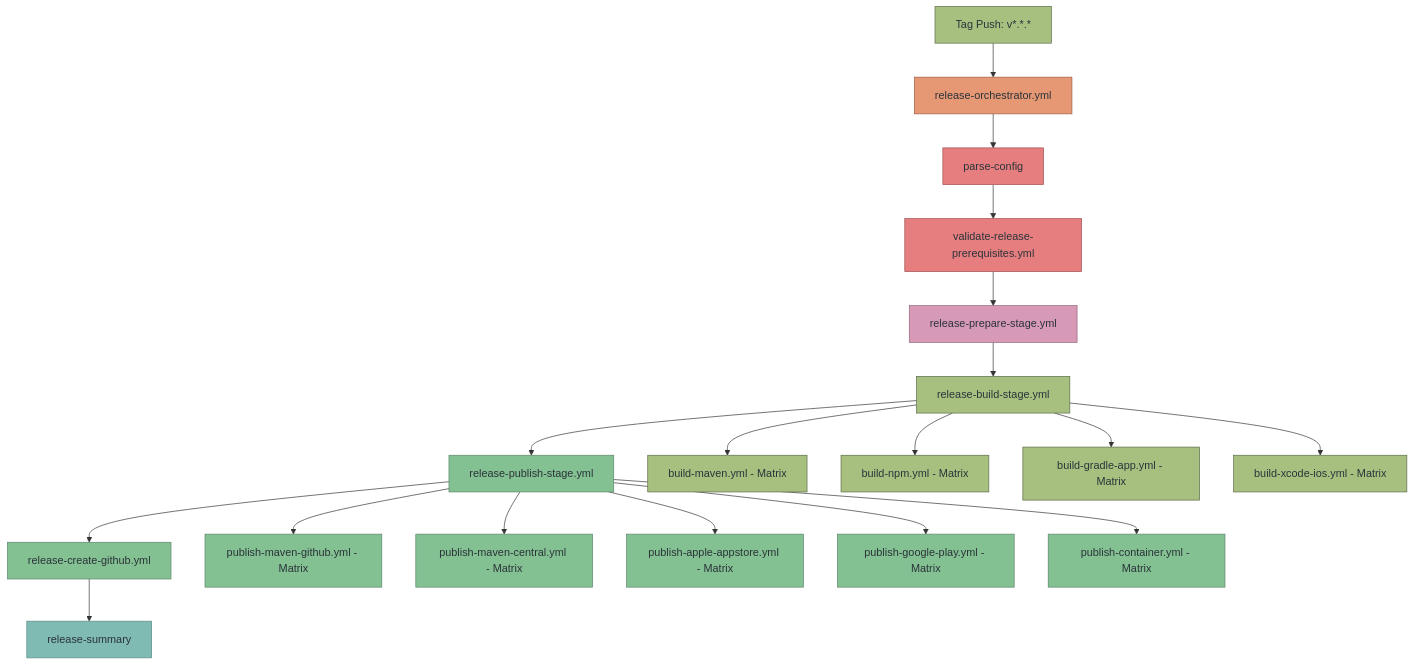
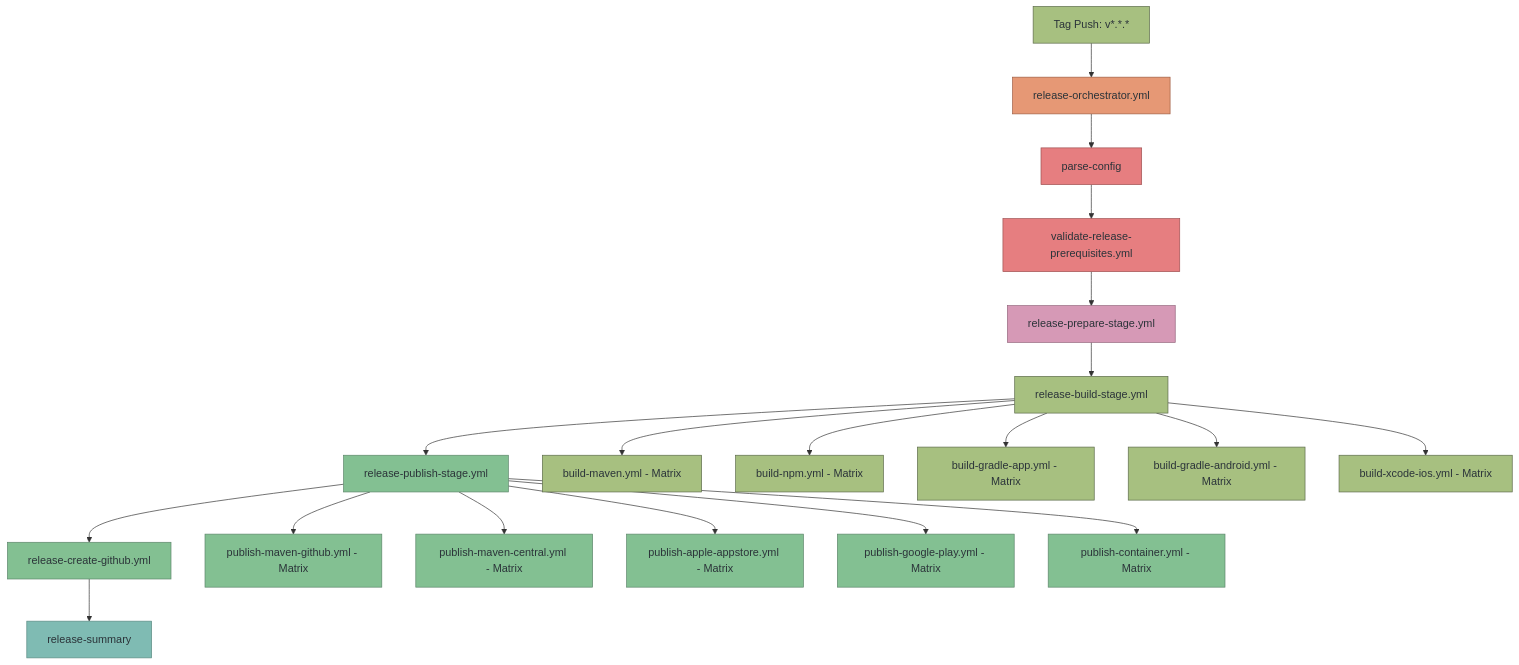
One commit to diggsweden/reusable-ci changed the second of 7 diagrams in docs/workflows.md. Above: the diagram before and after it, drawn with Mermaid. The commit also changed 14 other files, not shown here.

First line of the commit message:
refactor(gradle): separate JVM and Android build paths

````diff
--- a/docs/workflows.md
+++ b/docs/workflows.md
@@ -134,41 +134,43 @@
 ```mermaid
 graph TD
     A[Tag Push: v*.*.* ] --> B[release-orchestrator.yml]
     B --> C[parse-config]
     C --> D[validate-release-prerequisites.yml]
     D --> E[release-prepare-stage.yml]
     E --> F[release-build-stage.yml]
     F --> G[release-publish-stage.yml]
     G --> H[release-create-github.yml]
     H --> I[release-summary]
 
     F --> J[build-maven.yml - Matrix]
     F --> K[build-npm.yml - Matrix]
     F --> L[build-gradle-app.yml - Matrix]
+    F --> L2[build-gradle-android.yml - Matrix]
     F --> M[build-xcode-ios.yml - Matrix]
 
     G --> N[publish-maven-github.yml - Matrix]
     G --> O[publish-maven-central.yml - Matrix]
     G --> P[publish-apple-appstore.yml - Matrix]
     G --> Q[publish-google-play.yml - Matrix]
     G --> R[publish-container.yml - Matrix]
 
     style A fill:#a7c080,stroke:#5c6a4a,color:#2b3339
     style B fill:#e69875,stroke:#9d5c41,color:#2b3339
     style C fill:#e67e80,stroke:#9d4f50,color:#2b3339
     style D fill:#e67e80,stroke:#9d4f50,color:#2b3339
     style E fill:#d699b6,stroke:#93647c,color:#2b3339
     style F fill:#a7c080,stroke:#5c6a4a,color:#2b3339
     style G fill:#83c092,stroke:#5c856a,color:#2b3339
     style H fill:#83c092,stroke:#5c856a,color:#2b3339
     style I fill:#7fbbb3,stroke:#5a8a82,color:#2b3339
     style J fill:#a7c080,stroke:#5c6a4a,color:#2b3339
     style K fill:#a7c080,stroke:#5c6a4a,color:#2b3339
     style L fill:#a7c080,stroke:#5c6a4a,color:#2b3339
+    style L2 fill:#a7c080,stroke:#5c6a4a,color:#2b3339
     style M fill:#a7c080,stroke:#5c6a4a,color:#2b3339
     style N fill:#83c092,stroke:#5c856a,color:#2b3339
     style O fill:#83c092,stroke:#5c856a,color:#2b3339
     style P fill:#83c092,stroke:#5c856a,color:#2b3339
     style Q fill:#83c092,stroke:#5c856a,color:#2b3339
     style R fill:#83c092,stroke:#5c856a,color:#2b3339
 ```
````
